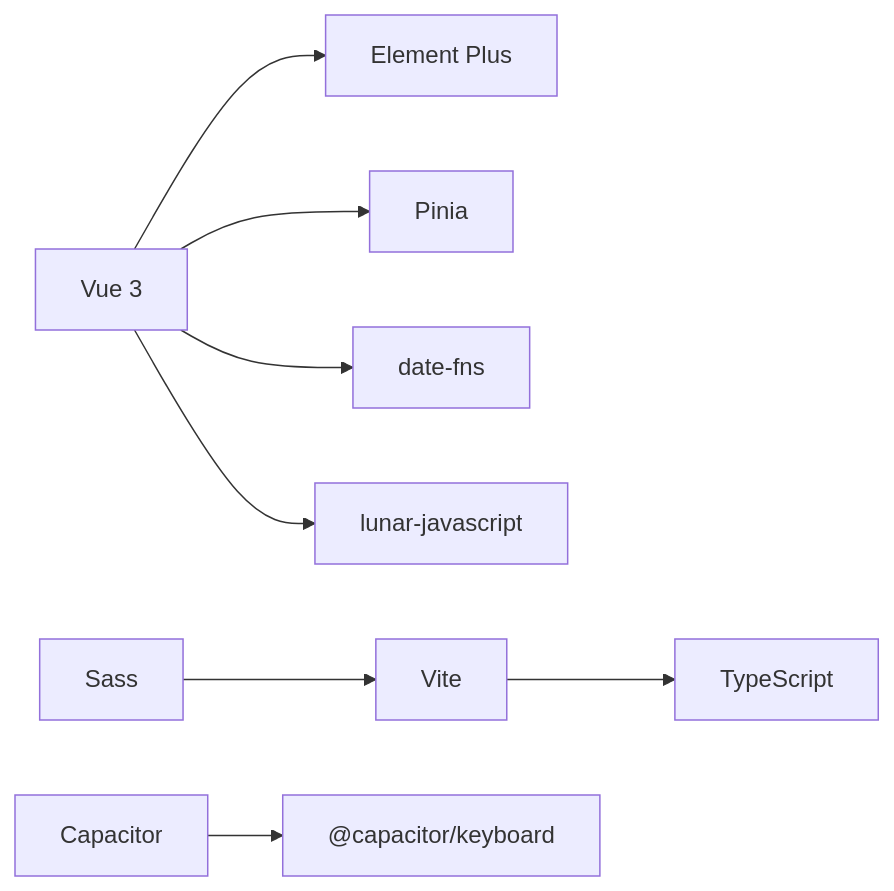
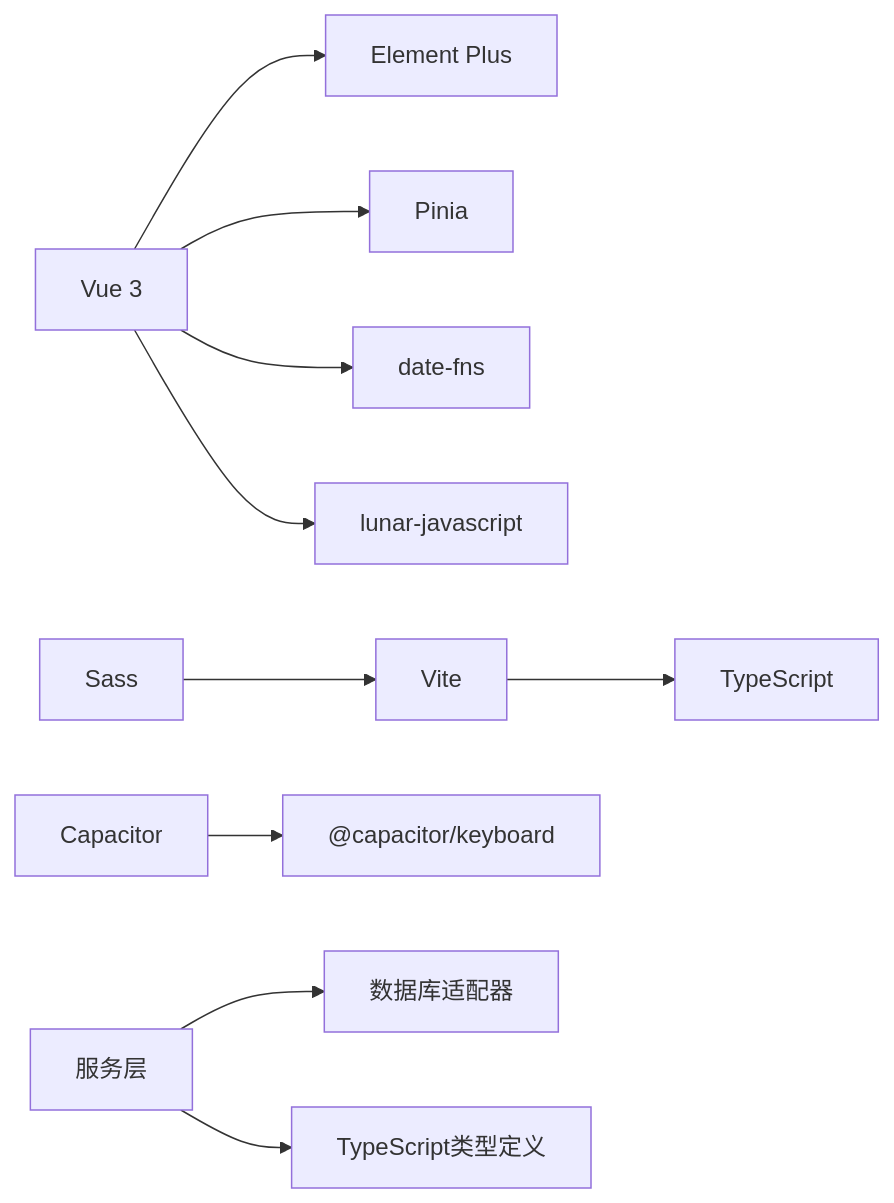
One commit to xiao-lin-unit/yuan changed diagram 12 of 12 in .qoder/repowiki/zh/content/UI组件/UI组件.md. Above: the diagram before and after it, drawn with Mermaid. The commit also changed other lines of this file and 21 other files, not shown here.

````diff
--- a/.qoder/repowiki/zh/content/UI组件/UI组件.md
+++ b/.qoder/repowiki/zh/content/UI组件/UI组件.md
@@ -436,10 +616,12 @@
 ```mermaid
 graph LR
 VUE["Vue 3"] --> EP["Element Plus"]
 VUE --> PINIA["Pinia"]
 VUE --> DATEFNS["date-fns"]
 VUE --> LUNAR["lunar-javascript"]
 VITE["Vite"] --> TS["TypeScript"]
 SASS["Sass"] --> VITE
 CAP["Capacitor"] --> KEYBOARD["@capacitor/keyboard"]
+SERVICE["服务层"] --> DB["数据库适配器"]
+SERVICE --> TYPES["TypeScript类型定义"]
 ```
````
